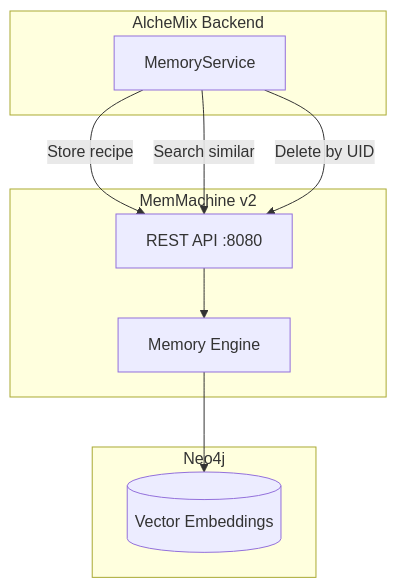
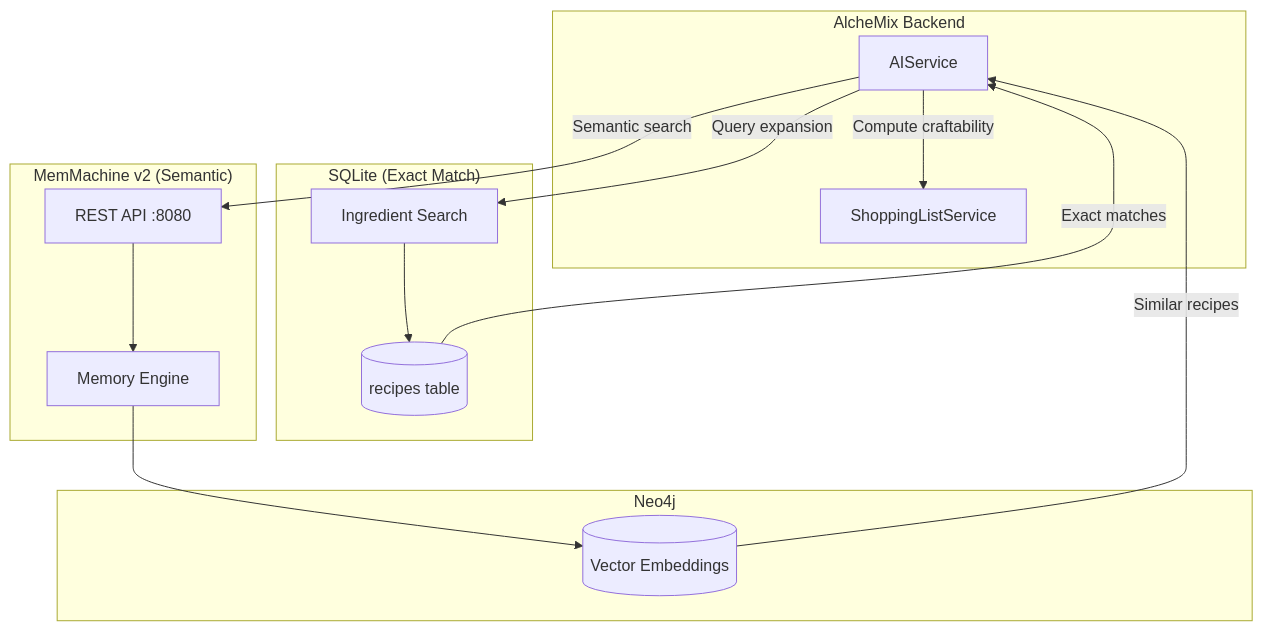
Diagram 12 of 12 in Documentation/ARCHITECTURE.md (JLawMcGraw/alchemix), drawn with Mermaid before and after one commit. The commit also changed other lines of this file and 13 other files, not shown here.

````diff
--- a/Documentation/ARCHITECTURE.md
+++ b/Documentation/ARCHITECTURE.md
@@ -748,21 +764,32 @@
 ```mermaid
 graph TB
     subgraph App["AlcheMix Backend"]
-        MS[MemoryService]
+        AIService[AIService]
+        ShopSvc[ShoppingListService]
     end
 
-    subgraph MemMachine["MemMachine v2"]
+    subgraph SQLite["SQLite (Exact Match)"]
+        RecipeDB[(recipes table)]
+        IngredientMatch[Ingredient Search]
+    end
+
+    subgraph MemMachine["MemMachine v2 (Semantic)"]
         API[REST API :8080]
         Engine[Memory Engine]
     end
 
     subgraph Neo4j["Neo4j"]
         VectorDB[(Vector Embeddings)]
     end
 
-    MS -->|Store recipe| API
-    MS -->|Search similar| API
-    MS -->|Delete by UID| API
+    AIService -->|Query expansion| IngredientMatch
+    IngredientMatch --> RecipeDB
+    AIService -->|Semantic search| API
     API --> Engine
     Engine --> VectorDB
+
+    RecipeDB -->|Exact matches| AIService
+    VectorDB -->|Similar recipes| AIService
+
+    AIService -->|Compute craftability| ShopSvc
 ```
````
